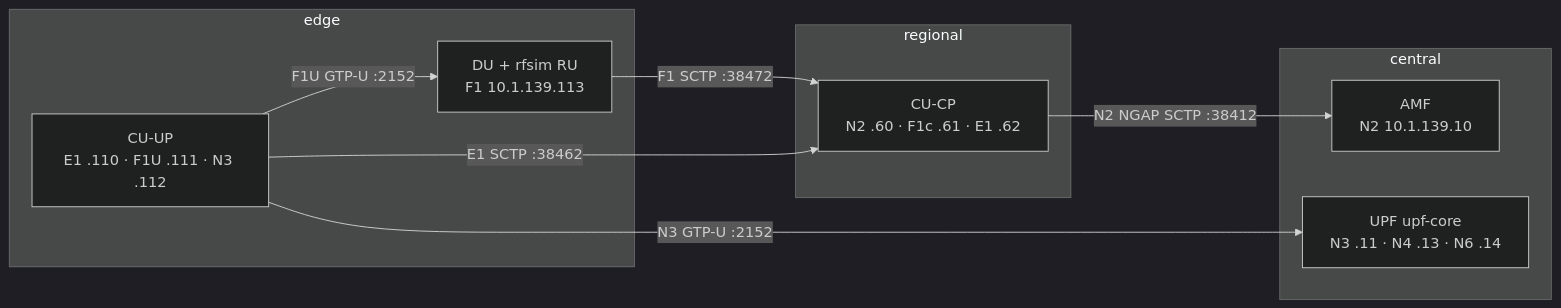
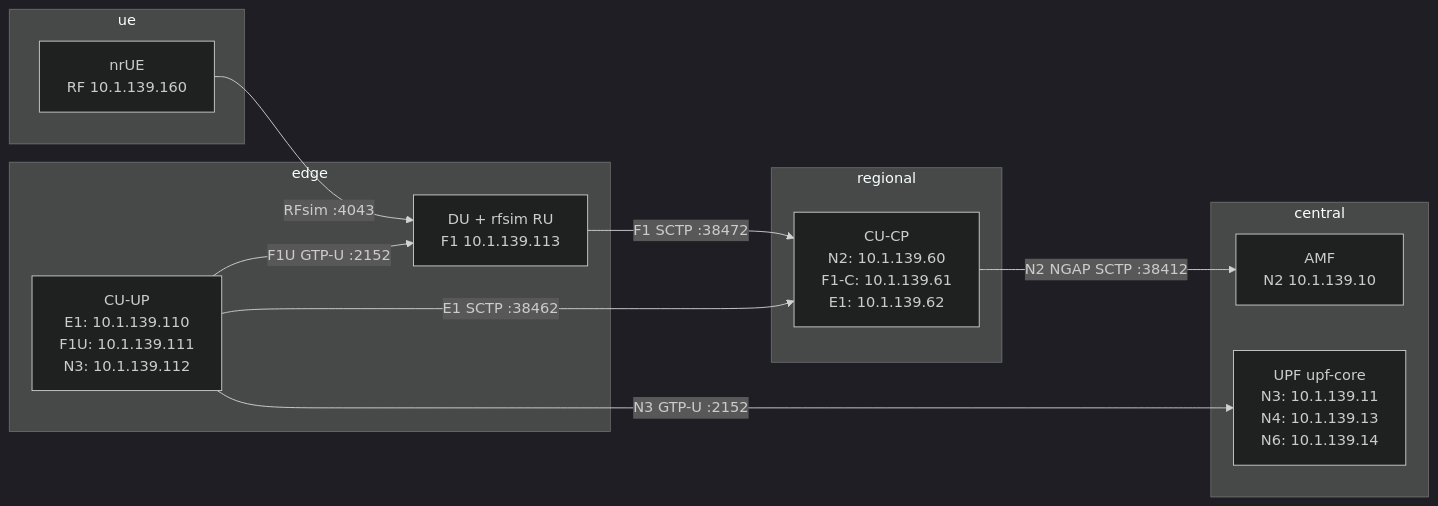
Before and after one commit to FCCLab/INA-Infra: the second of 4 diagrams in docs/oai.md, drawn with Mermaid (dark theme). The commit also changed other lines of this file and 16 other files, not shown here.

````diff
--- a/docs/oai.md
+++ b/docs/oai.md
@@ -149,22 +167,27 @@
 ```mermaid
 flowchart LR
+  subgraph ue["ue"]
+    NRUE["nrUE<br/>RF 10.1.139.160"]
+  end
+
   subgraph edge["edge"]
     DU["DU + rfsim RU<br/>F1 10.1.139.113"]
-    CUUP["CU-UP<br/>E1 .110 · F1U .111 · N3 .112"]
+    CUUP["CU-UP<br/>E1: 10.1.139.110<br/>F1U: 10.1.139.111<br/>N3: 10.1.139.112"]
   end
 
   subgraph regional["regional"]
-    CUCP["CU-CP<br/>N2 .60 · F1c .61 · E1 .62"]
+    CUCP["CU-CP<br/>N2: 10.1.139.60<br/>F1-C: 10.1.139.61<br/>E1: 10.1.139.62"]
   end
 
   subgraph central["central"]
     AMF["AMF<br/>N2 10.1.139.10"]
-    UPF["UPF upf-core<br/>N3 .11 · N4 .13 · N6 .14"]
+    UPF["UPF upf-core<br/>N3: 10.1.139.11<br/>N4: 10.1.139.13<br/>N6: 10.1.139.14"]
   end
 
+  NRUE -->|"RFsim :4043"| DU
   DU -->|"F1 SCTP :38472"| CUCP
   CUUP -->|"E1 SCTP :38462"| CUCP
   CUUP -->|"F1U GTP-U :2152"| DU
   CUCP -->|"N2 NGAP SCTP :38412"| AMF
   CUUP -->|"N3 GTP-U :2152"| UPF
 ```
````
